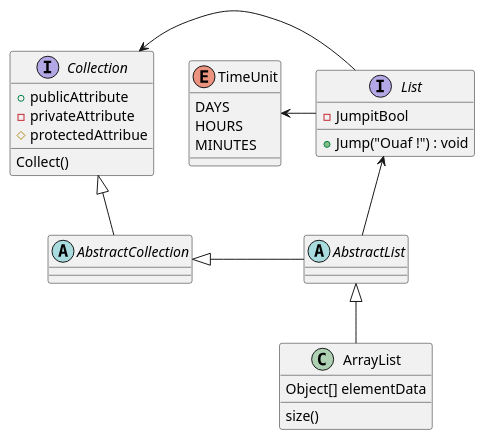
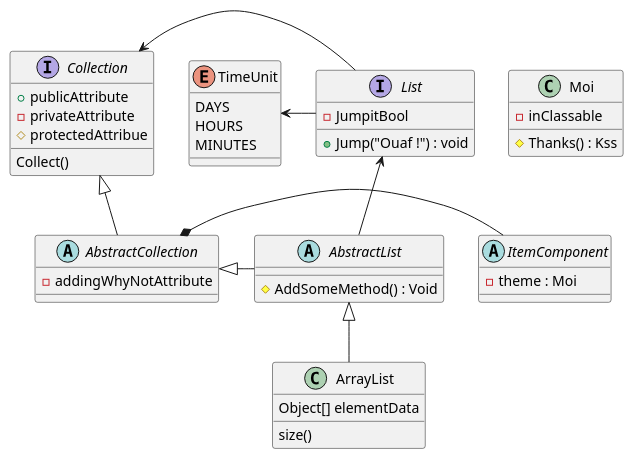
One commit to rdanf1/UML_1st_Sample_On_PhpStorm changed the diagram in PlantUML Sample Class Type.puml. Above: the diagram before and after it, drawn with PlantUML.

Commit message:
You'll see. (Feel it too!)

```diff
--- a/PlantUML Sample Class Type.puml
+++ b/PlantUML Sample Class Type.puml
@@ -1,35 +1,51 @@
 @startuml
 'https://plantuml.com/class-diagram
 
-abstract class AbstractList
-abstract AbstractCollection
+class Moi {
+    - inClassable
+    # Thanks() : Kss
+}
+
+abstract class AbstractList {
+    # AddSomeMethod() : Void
+}
+abstract AbstractCollection {
+    - addingWhyNotAttribute
+}
 interface List {
     - JumpitBool
     + Jump("Ouaf !") : void
     }
 interface Collection {
     + publicAttribute
     - privateAttribute
     # protectedAttribue
     Collect()
     }
+
+abstract ItemComponent {
+    - theme : Moi
+}
+
+' Bottom didn't work... (the rabbit)
+AbstractCollection *-Right- ItemComponent
 
 List <-- AbstractList
 Collection <|-- AbstractCollection
 Collection <- List
 AbstractCollection <|- AbstractList
 AbstractList <|-- ArrayList
 
 class ArrayList {
 Object[] elementData
 size()
 }
 enum TimeUnit {
 DAYS
 HOURS
 MINUTES
 }
 
 ' nice jump !
 TimeUnit <-right- List
 @enduml
```
